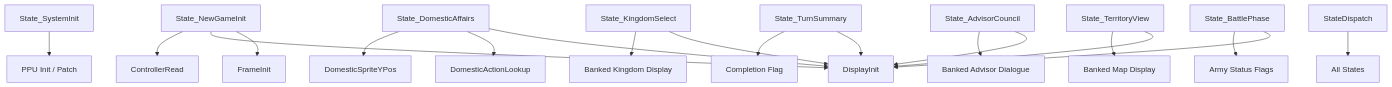
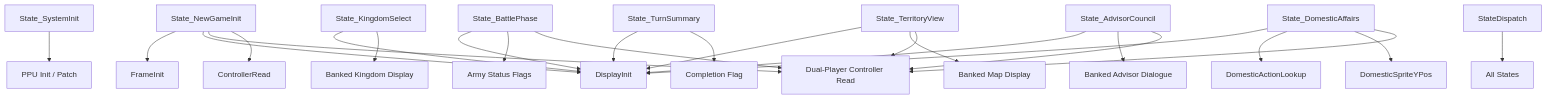
One commit to rabbyzero/sango2dasm changed the third of 3 diagrams in .qoder/repowiki/en/content/Game State Management/State Machine Architecture/State Procedures/State Procedures.md. Above: the diagram before and after it, drawn with Mermaid. The commit also changed other lines of this file and 9 other files, not shown here.

````diff
--- a/.qoder/repowiki/en/content/Game State Management/State Machine Architecture/State Procedures/State Procedures.md
+++ b/.qoder/repowiki/en/content/Game State Management/State Machine Architecture/State Procedures/State Procedures.md
@@ -410,21 +422,26 @@
 ```mermaid
 graph TB
 State_SystemInit --> PPU_Init["PPU Init / Patch"]
 State_NewGameInit --> FrameInit
 State_NewGameInit --> DisplayInit
+State_NewGameInit --> DualController["Dual-Player Controller Read"]
 State_NewGameInit --> ControllerRead
 State_KingdomSelect --> DisplayInit
 State_KingdomSelect --> BankedKingdom["Banked Kingdom Display"]
 State_DomesticAffairs --> DisplayInit
 State_DomesticAffairs --> DomesticLookup["DomesticActionLookup"]
 State_DomesticAffairs --> SpriteTable["DomesticSpriteYPos"]
+State_DomesticAffairs --> DualController
 State_BattlePhase --> DisplayInit
 State_BattlePhase --> ArmyFlags["Army Status Flags"]
+State_BattlePhase --> DualController
 State_TerritoryView --> DisplayInit
 State_TerritoryView --> BankedMap["Banked Map Display"]
+State_TerritoryView --> DualController
 State_AdvisorCouncil --> DisplayInit
 State_AdvisorCouncil --> BankedAdvisor["Banked Advisor Dialogue"]
+State_AdvisorCouncil --> DualController
 State_TurnSummary --> DisplayInit
 State_TurnSummary --> CompletionFlag["Completion Flag"]
 StateDispatch --> AllStates["All States"]
 ```
````
